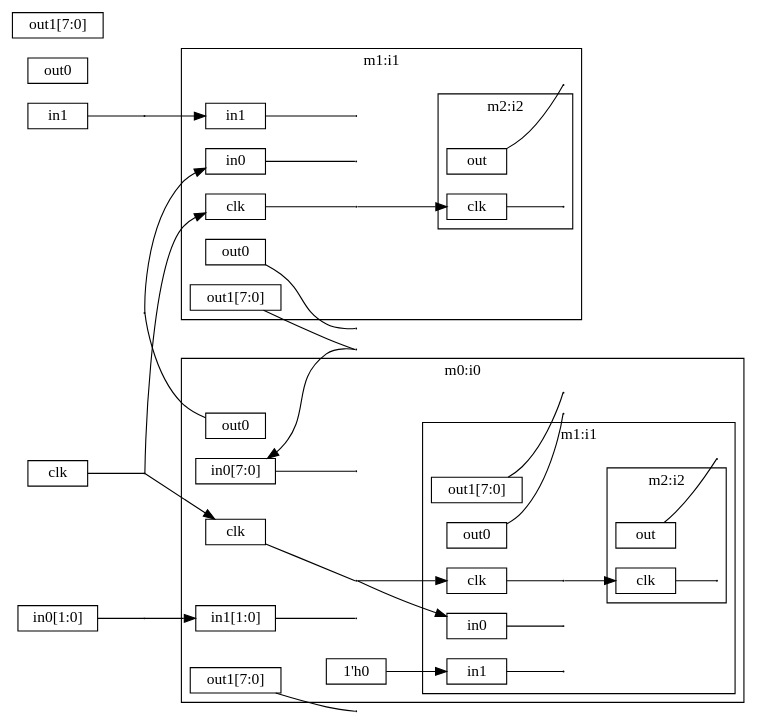
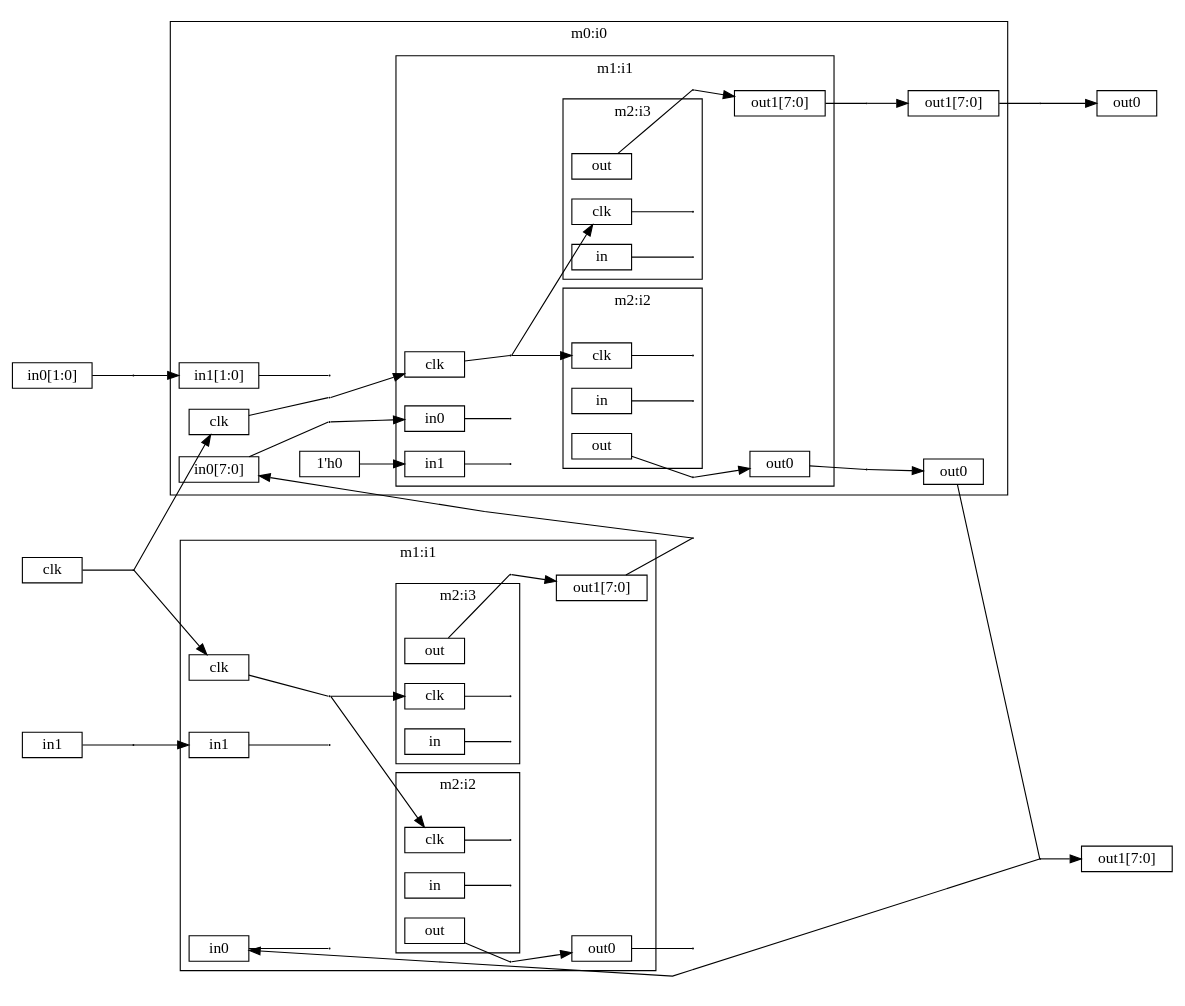
One commit to takata150802/netlistracer changed the diagram in out.dot. Above: the diagram before and after it, drawn with Graphviz. The commit also changed 1 other file, not shown here.

Commit message:
[add] trace connection, submodule.output-> module.output

```diff
--- a/out.dot
+++ b/out.dot
@@ -1,109 +1,153 @@
 
 digraph {
     rankdir="LR";
-    overlap = false;
-    splines = true;
+    overlap = true;
+    splines = false;
     node [shape = box, height=0.1];
     edge [labelfloat=false];
 
 subgraph cluster0 {
   graph [label = "m0:i0"];
 tmp0[width=0.0, height=0.0, shape=point];
 subgraph cluster1 {
   graph [label = "m1:i1"];
 tmp1[width=0.0, height=0.0, shape=point];
 subgraph cluster2 {
   graph [label = "m2:i2"];
 tmp2[width=0.0, height=0.0, shape=point];
 _i0_i1_i2_clk[label = "clk"];
+_i0_i1_i2_in[label = "in"];
 _i0_i1_i2_out[label = "out"];
 _i0_i1_i2_clk_input_br[width=0.01, height=0.01, shape=point];
 _i0_i1_i2_clk -> _i0_i1_i2_clk_input_br[dir = none];
+_i0_i1_i2_in_input_br[width=0.01, height=0.01, shape=point];
+_i0_i1_i2_in -> _i0_i1_i2_in_input_br[dir = none];
+}
+subgraph cluster3 {
+  graph [label = "m2:i3"];
+tmp3[width=0.0, height=0.0, shape=point];
+_i0_i1_i3_clk[label = "clk"];
+_i0_i1_i3_in[label = "in"];
+_i0_i1_i3_out[label = "out"];
+_i0_i1_i3_clk_input_br[width=0.01, height=0.01, shape=point];
+_i0_i1_i3_clk -> _i0_i1_i3_clk_input_br[dir = none];
+_i0_i1_i3_in_input_br[width=0.01, height=0.01, shape=point];
+_i0_i1_i3_in -> _i0_i1_i3_in_input_br[dir = none];
 }
 _i0_i1_clk[label = "clk"];
 _i0_i1_in0[label = "in0"];
 _i0_i1_in1[label = "in1"];
 _i0_i1_out0[label = "out0"];
 _i0_i1_out1[label = "out1[7:0]"];
 _i0_i1_clk_input_br[width=0.01, height=0.01, shape=point];
 _i0_i1_clk -> _i0_i1_clk_input_br[dir = none];
 _i0_i1_in0_input_br[width=0.01, height=0.01, shape=point];
 _i0_i1_in0 -> _i0_i1_in0_input_br[dir = none];
 _i0_i1_in1_input_br[width=0.01, height=0.01, shape=point];
 _i0_i1_in1 -> _i0_i1_in1_input_br[dir = none];
 _i0_i1_i2_out_output_br[width=0.01, height=0.01, shape=point];
 _i0_i1_i2_out -> _i0_i1_i2_out_output_br[dir = none];
+_i0_i1_i2_out_output_br -> _i0_i1_out0[label = ""];
+_i0_i1_i3_out_output_br[width=0.01, height=0.01, shape=point];
+_i0_i1_i3_out -> _i0_i1_i3_out_output_br[dir = none];
+_i0_i1_i3_out_output_br -> _i0_i1_out1[label = ""];
 _i0_i1_clk_input_br -> _i0_i1_i2_clk[label = " "];
+_i0_i1_clk_input_br -> _i0_i1_i3_clk[label = " "];
 }
 _i0_clk[label = "clk"];
 _i0_in0[label = "in0[7:0]"];
 _i0_in1[label = "in1[1:0]"];
 _i0_out0[label = "out0"];
 _i0_out1[label = "out1[7:0]"];
 _i0_clk_input_br[width=0.01, height=0.01, shape=point];
 _i0_clk -> _i0_clk_input_br[dir = none];
 _i0_in0_input_br[width=0.01, height=0.01, shape=point];
 _i0_in0 -> _i0_in0_input_br[dir = none];
 _i0_in1_input_br[width=0.01, height=0.01, shape=point];
 _i0_in1 -> _i0_in1_input_br[dir = none];
 _i0_i1_out0_output_br[width=0.01, height=0.01, shape=point];
 _i0_i1_out0 -> _i0_i1_out0_output_br[dir = none];
+_i0_i1_out0_output_br -> _i0_out0[label = ""];
 _i0_i1_out1_output_br[width=0.01, height=0.01, shape=point];
 _i0_i1_out1 -> _i0_i1_out1_output_br[dir = none];
+_i0_i1_out1_output_br -> _i0_out1[label = ""];
 _i0_clk_input_br -> _i0_i1_clk[label = " "];
-_i0_clk_input_br -> _i0_i1_in0[label = " "];
+_i0_in0_input_br -> _i0_i1_in0[label = " "];
 _i0_const_i1in1[label = "1'h0"];
 _i0_const_i1in1 -> _i0_i1_in1[label = " "];
 }
-subgraph cluster3 {
+subgraph cluster4 {
   graph [label = "m1:i1"];
-tmp3[width=0.0, height=0.0, shape=point];
-subgraph cluster4 {
+tmp4[width=0.0, height=0.0, shape=point];
+subgraph cluster5 {
   graph [label = "m2:i2"];
-tmp4[width=0.0, height=0.0, shape=point];
+tmp5[width=0.0, height=0.0, shape=point];
 _i1_i2_clk[label = "clk"];
+_i1_i2_in[label = "in"];
 _i1_i2_out[label = "out"];
 _i1_i2_clk_input_br[width=0.01, height=0.01, shape=point];
 _i1_i2_clk -> _i1_i2_clk_input_br[dir = none];
+_i1_i2_in_input_br[width=0.01, height=0.01, shape=point];
+_i1_i2_in -> _i1_i2_in_input_br[dir = none];
+}
+subgraph cluster6 {
+  graph [label = "m2:i3"];
+tmp6[width=0.0, height=0.0, shape=point];
+_i1_i3_clk[label = "clk"];
+_i1_i3_in[label = "in"];
+_i1_i3_out[label = "out"];
+_i1_i3_clk_input_br[width=0.01, height=0.01, shape=point];
+_i1_i3_clk -> _i1_i3_clk_input_br[dir = none];
+_i1_i3_in_input_br[width=0.01, height=0.01, shape=point];
+_i1_i3_in -> _i1_i3_in_input_br[dir = none];
 }
 _i1_clk[label = "clk"];
 _i1_in0[label = "in0"];
 _i1_in1[label = "in1"];
 _i1_out0[label = "out0"];
 _i1_out1[label = "out1[7:0]"];
 _i1_clk_input_br[width=0.01, height=0.01, shape=point];
 _i1_clk -> _i1_clk_input_br[dir = none];
 _i1_in0_input_br[width=0.01, height=0.01, shape=point];
 _i1_in0 -> _i1_in0_input_br[dir = none];
 _i1_in1_input_br[width=0.01, height=0.01, shape=point];
 _i1_in1 -> _i1_in1_input_br[dir = none];
 _i1_i2_out_output_br[width=0.01, height=0.01, shape=point];
 _i1_i2_out -> _i1_i2_out_output_br[dir = none];
+_i1_i2_out_output_br -> _i1_out0[label = ""];
+_i1_i3_out_output_br[width=0.01, height=0.01, shape=point];
+_i1_i3_out -> _i1_i3_out_output_br[dir = none];
+_i1_i3_out_output_br -> _i1_out1[label = ""];
 _i1_clk_input_br -> _i1_i2_clk[label = " "];
+_i1_clk_input_br -> _i1_i3_clk[label = " "];
 }
 _clk[label = "clk"];
 _in0[label = "in0[1:0]"];
 _in1[label = "in1"];
 _out0[label = "out0"];
 _out1[label = "out1[7:0]"];
 _clk_input_br[width=0.01, height=0.01, shape=point];
 _clk -> _clk_input_br[dir = none];
 _in0_input_br[width=0.01, height=0.01, shape=point];
 _in0 -> _in0_input_br[dir = none];
 _in1_input_br[width=0.01, height=0.01, shape=point];
 _in1 -> _in1_input_br[dir = none];
 _i0_out0_output_br[width=0.01, height=0.01, shape=point];
 _i0_out0 -> _i0_out0_output_br[dir = none];
+_i0_out0_output_br -> _out1[label = ""];
 _i0_out1_output_br[width=0.01, height=0.01, shape=point];
 _i0_out1 -> _i0_out1_output_br[dir = none];
+_i0_out1_output_br -> _out0[label = ""];
 _i1_out0_output_br[width=0.01, height=0.01, shape=point];
 _i1_out0 -> _i1_out0_output_br[dir = none];
 _i1_out1_output_br[width=0.01, height=0.01, shape=point];
 _i1_out1 -> _i1_out1_output_br[dir = none];
 _clk_input_br -> _i0_clk[label = " "];
 _i1_out1_output_br -> _i0_in0[label = " "];
 _in0_input_br -> _i0_in1[label = " "];
 _clk_input_br -> _i1_clk[label = " "];
 _i0_out0_output_br -> _i1_in0[label = " "];
 _in1_input_br -> _i1_in1[label = " "];
+{rank = max; _out0;}
+{rank = max; _out1;}
 }
```
